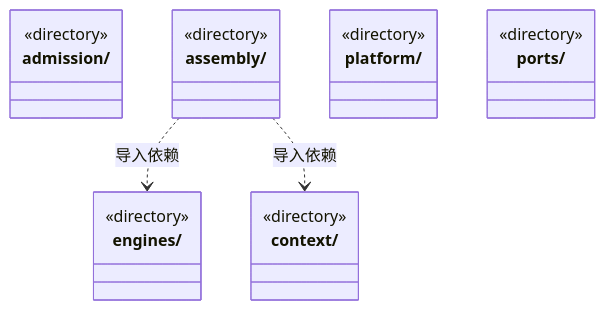
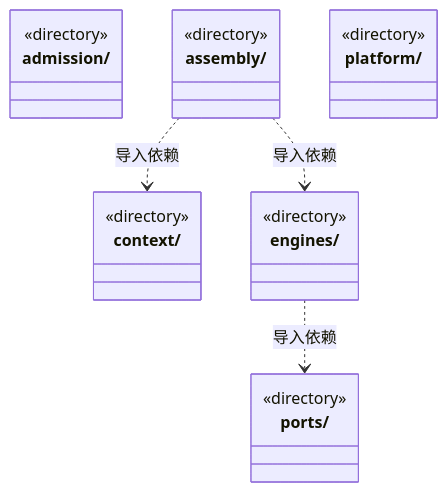
One commit to nan023062/cbim changed the first of 2 diagrams in src/logic/execution/ARCHITECTURE.md. Above: the diagram before and after it, drawn with Mermaid. The commit also changed other lines of this file and 57 other files, not shown here.

````diff
--- a/src/logic/execution/ARCHITECTURE.md
+++ b/src/logic/execution/ARCHITECTURE.md
@@ -15,23 +15,24 @@
 ```mermaid
 classDiagram
 class N_src_logic_execution_admission["admission/"] {
   <<directory>>
 }
 class N_src_logic_execution_assembly["assembly/"] {
   <<directory>>
 }
 class N_src_logic_execution_context["context/"] {
   <<directory>>
 }
 class N_src_logic_execution_engines["engines/"] {
   <<directory>>
 }
 class N_src_logic_execution_platform["platform/"] {
   <<directory>>
 }
 class N_src_logic_execution_ports["ports/"] {
   <<directory>>
 }
 N_src_logic_execution_assembly ..> N_src_logic_execution_engines : 导入依赖
 N_src_logic_execution_assembly ..> N_src_logic_execution_context : 导入依赖
+N_src_logic_execution_engines ..> N_src_logic_execution_ports : 导入依赖
 ```
````
